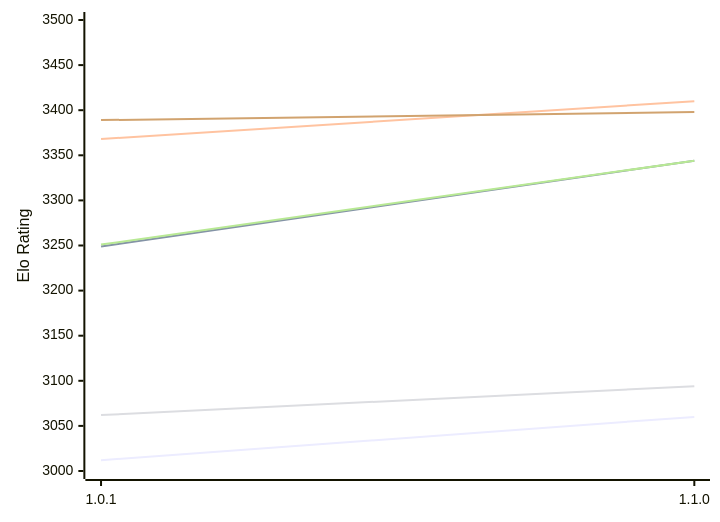
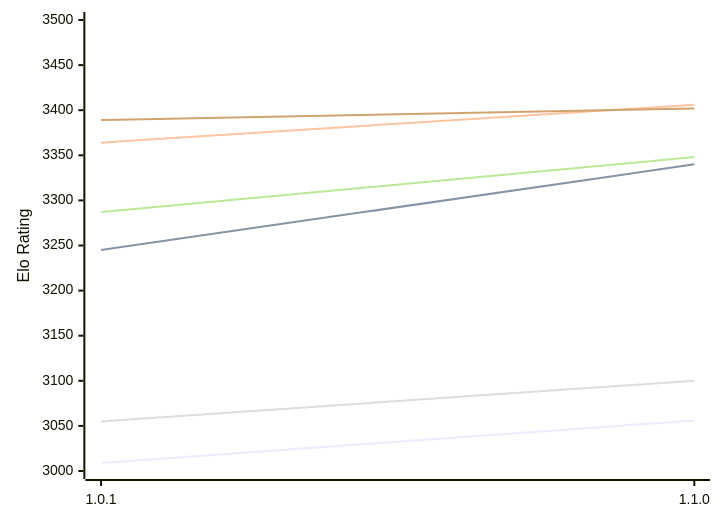
The first of 2 diagrams in engines/Ursus.md (computer-chess-index/cci), drawn with Mermaid before and after one commit. The commit also changed other lines of this file, not shown here.

Commit message:
Update CCI Ratings (ELO VLTC) - 2026-11-21

````diff
--- a/engines/Ursus.md
+++ b/engines/Ursus.md
@@ -51,12 +51,12 @@
 ```mermaid
 %%{init: {"theme":"base","themeVariables":{"seriesColors:['#a3a3a3','#222221','#faa371']}}}%%
 xychart-beta
   x-axis ["1.0.1", "1.1.0"]
   y-axis "Elo Rating" 3000 --> 3500
-  line "E1: STC (8.0+0.08s)" [3012, 3060]
-  line "E1: LTC (60.0+0.60s)" [3249, 3344]
-  line "E1: VLTC (2m24s+1.12s)" [3368, 3410]
-  line "P1: STC (8.0+0.08s)" [3062, 3094]
-  line "P1: LTC (60.0+0.60s)" [3251, 3344]
-  line "P1: VLTC (2m24s+1.12s)" [3389, 3398]
+  line "E1: STC (8.0+0.08s)" [3009, 3056]
+  line "E1: LTC (60.0+0.60s)" [3245, 3340]
+  line "E1: VLTC (2m24s+1.12s)" [3364, 3406]
+  line "P1: STC (8.0+0.08s)" [3055, 3100]
+  line "P1: LTC (60.0+0.60s)" [3287, 3348]
+  line "P1: VLTC (2m24s+1.12s)" [3389, 3402]
 ```
````
